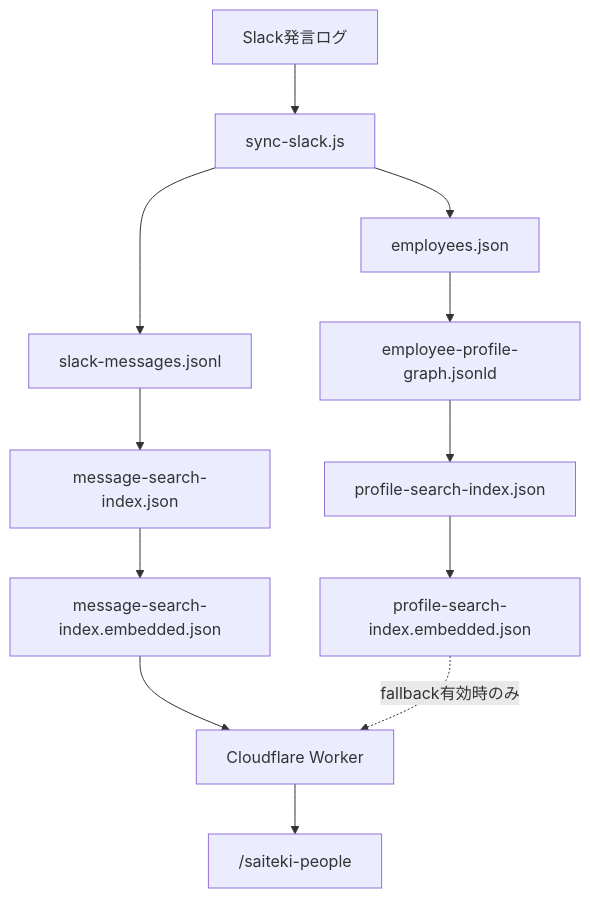
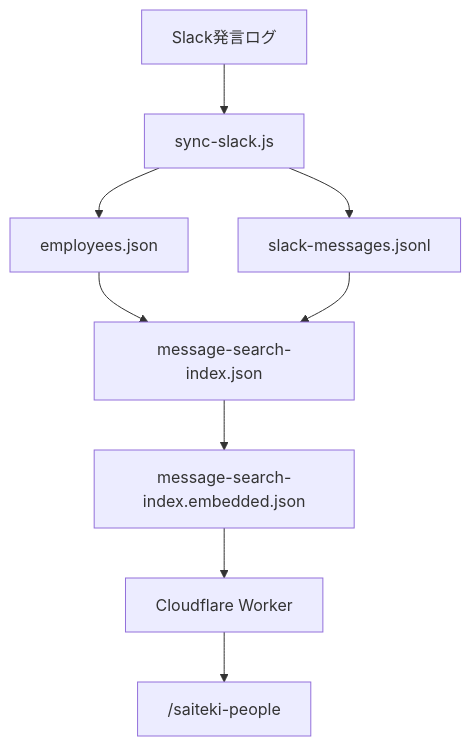
The second of 2 diagrams in docs/practices/lv3/employee_profile_search.md (Saitekiinc-com/saiteki-doc), drawn with Mermaid before and after one commit. The commit also changed other lines of this file and 2 other files, not shown here.

````diff
--- a/docs/practices/lv3/employee_profile_search.md
+++ b/docs/practices/lv3/employee_profile_search.md
@@ -188,14 +128,11 @@
 ```mermaid
 flowchart TD
     A["Slack発言ログ"] --> B["sync-slack.js"]
     B --> C["employees.json"]
     B --> D["slack-messages.jsonl"]
-    C --> E["employee-profile-graph.jsonld"]
-    D --> F["message-search-index.json"]
-    E --> G["profile-search-index.json"]
-    F --> H["message-search-index.embedded.json"]
-    G --> I["profile-search-index.embedded.json"]
-    H --> J["Cloudflare Worker"]
-    I -. "fallback有効時のみ" .-> J
-    J --> K["/saiteki-people"]
+    C --> E["message-search-index.json"]
+    D --> E
+    E --> F["message-search-index.embedded.json"]
+    F --> G["Cloudflare Worker"]
+    G --> H["/saiteki-people"]
 ```
````
